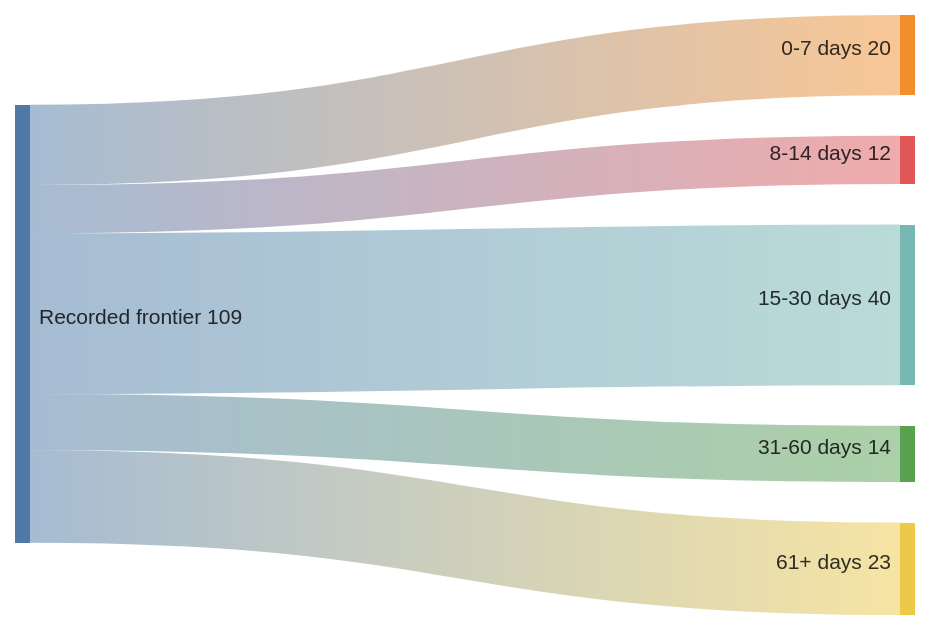
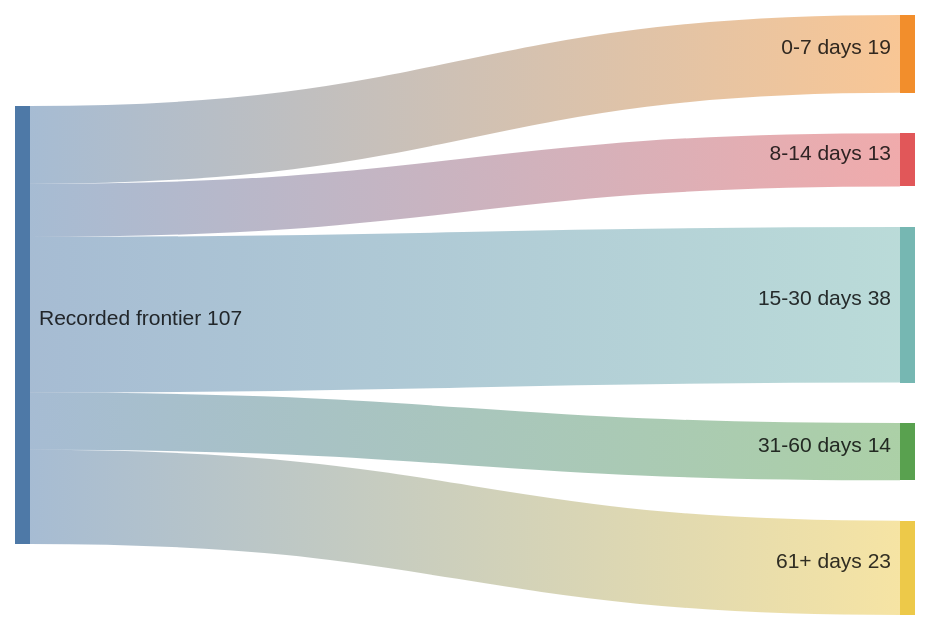
The diagram in docs/diagrams/horizon_sankey.mmd (Armanasq/phd_tracker), drawn with Mermaid before and after one commit. The commit also changed 40 other files, not shown here.

```diff
--- a/docs/diagrams/horizon_sankey.mmd
+++ b/docs/diagrams/horizon_sankey.mmd
@@ -1,6 +1,6 @@
 sankey-beta
-Recorded frontier,0-7 days,20
-Recorded frontier,8-14 days,12
-Recorded frontier,15-30 days,40
+Recorded frontier,0-7 days,19
+Recorded frontier,8-14 days,13
+Recorded frontier,15-30 days,38
 Recorded frontier,31-60 days,14
 Recorded frontier,61+ days,23
```
